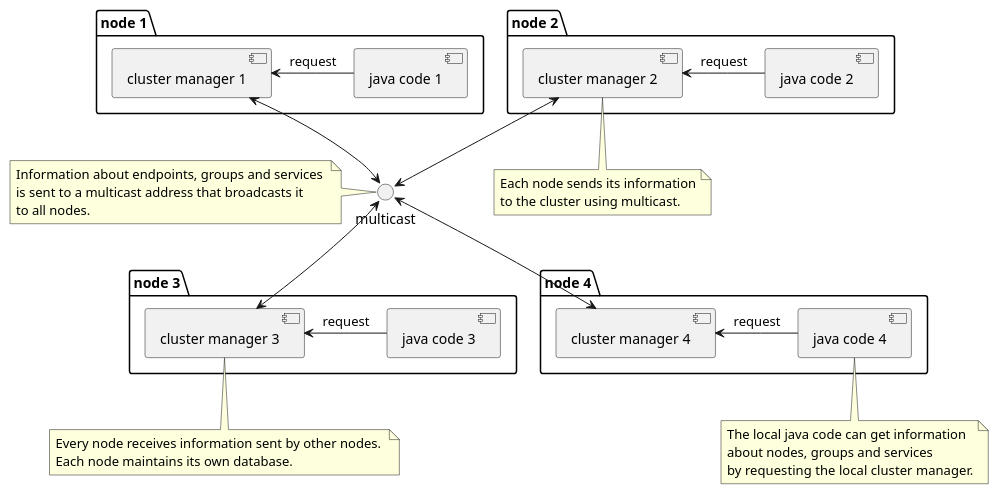
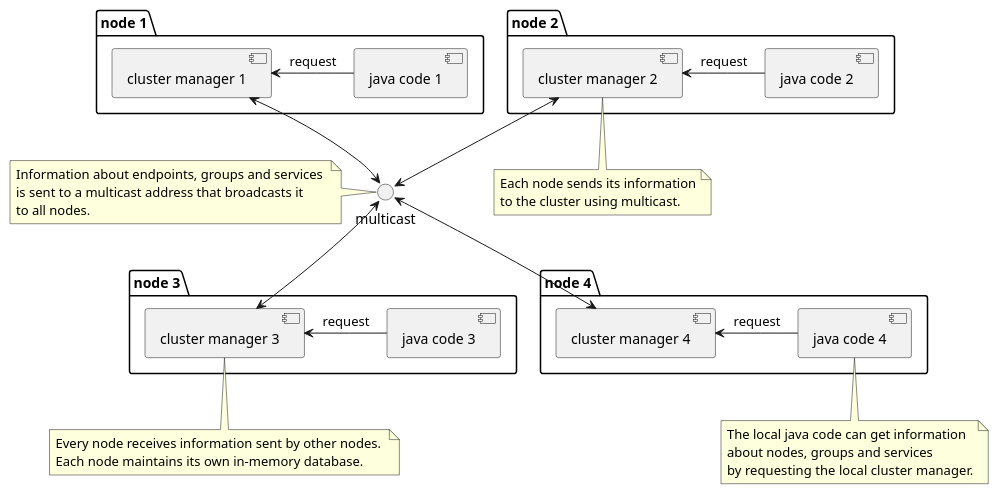
One commit to qwazr/cluster changed the diagram in src/main/asciidoc/multicast-cluster.adoc. Above: the diagram before and after it, drawn with PlantUML.

```diff
--- a/src/main/asciidoc/multicast-cluster.adoc
+++ b/src/main/asciidoc/multicast-cluster.adoc
@@ -1,46 +1,46 @@
 [plantuml,multicast-cluster, svg]
 ....
 
 folder "node 1" {
     [java code 1] -left-> [cluster manager 1]: request
 }
 
 folder "node 2" {
     [java code 2] -left-> [cluster manager 2]: request
 }
 
 folder "node 3" {
     [java code 3] -left-> [cluster manager 3]: request
 }
 
 folder "node 4" {
     [java code 4] -left-> [cluster manager 4]: request
 }
 
 multicast <-down-> [cluster manager 4]
 multicast <-down-> [cluster manager 3]
 multicast <-up-> [cluster manager 2]
 multicast <-up-> [cluster manager 1]
 
 note bottom of [cluster manager 2]
   Each node sends its information
   to the cluster using multicast.
 end note
 
 note bottom of [cluster manager 3]
 Every node receives information sent by other nodes. 
-Each node maintains its own database.
+Each node maintains its own in-memory database.
 end note
 
 note left of [multicast]
 Information about endpoints, groups and services 
 is sent to a multicast address that broadcasts it 
 to all nodes.
 end note
 
 note bottom of [java code 4]
 The local java code can get information
 about nodes, groups and services
 by requesting the local cluster manager.
 end note
 ....
```
